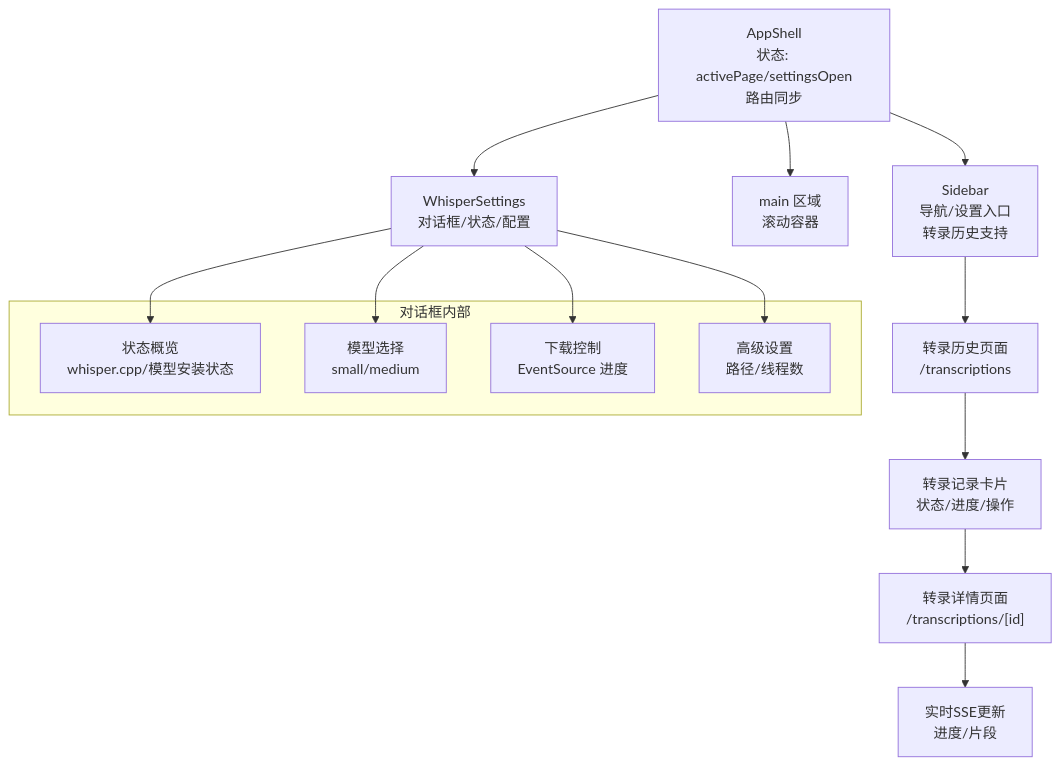
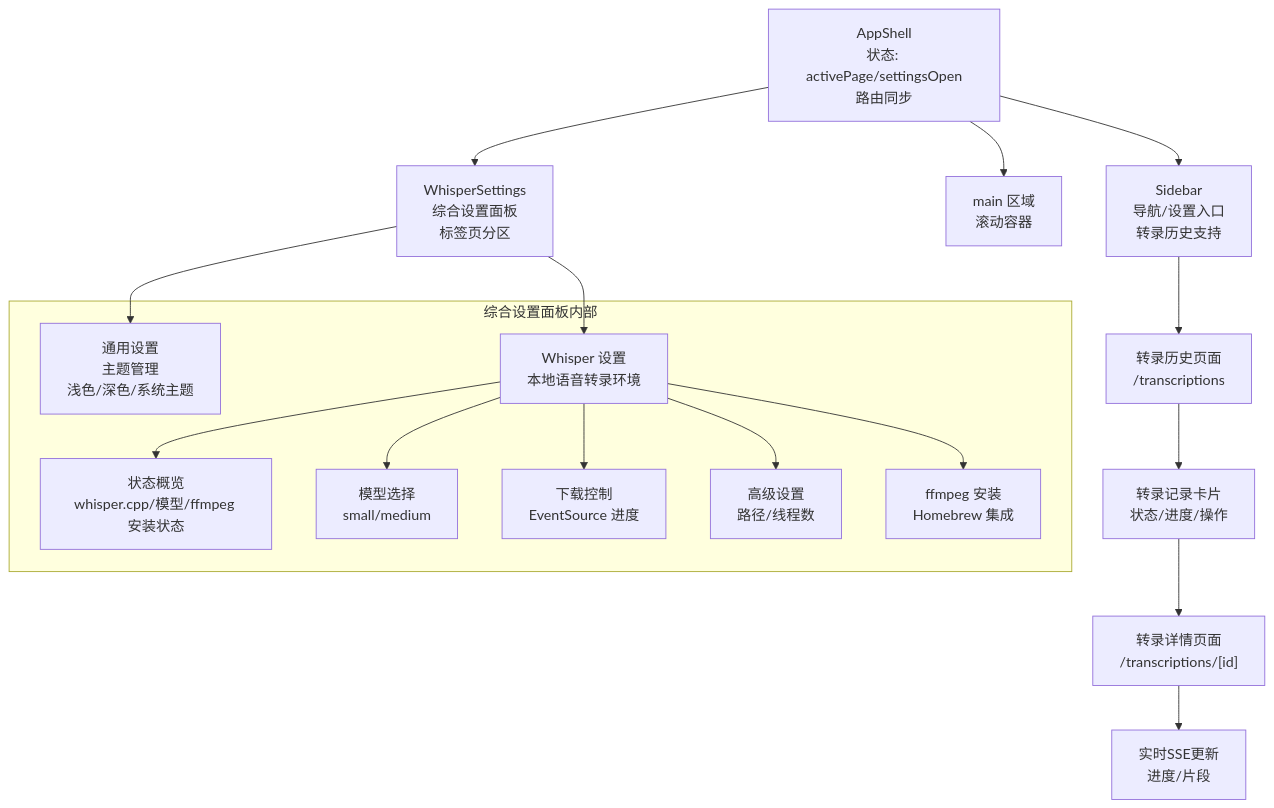
The second of 17 diagrams in .qoder/repowiki/zh/content/UI 组件系统/UI 组件系统.md (clawbotai/memo-flow), drawn with Mermaid before and after one commit. The commit also changed other lines of this file and 14 other files, not shown here.

````diff
--- a/.qoder/repowiki/zh/content/UI 组件系统/UI 组件系统.md
+++ b/.qoder/repowiki/zh/content/UI 组件系统/UI 组件系统.md
@@ -281,20 +287,26 @@
 ```mermaid
 graph TB
 AppShell["AppShell<br/>状态: activePage/settingsOpen<br/>路由同步"] --> Sidebar["Sidebar<br/>导航/设置入口<br/>转录历史支持"]
 AppShell --> Main["main 区域<br/>滚动容器"]
-AppShell --> Whisper["WhisperSettings<br/>对话框/状态/配置"]
+AppShell --> Whisper["WhisperSettings<br/>综合设置面板<br/>标签页分区"]
 Sidebar --> Transcriptions["转录历史页面<br/>/transcriptions"]
 Transcriptions --> TranscriptionCard["转录记录卡片<br/>状态/进度/操作"]
 TranscriptionCard --> TranscriptionDetail["转录详情页面<br/>/transcriptions/[id]"]
 TranscriptionDetail --> LiveUpdates["实时SSE更新<br/>进度/片段"]
-subgraph "对话框内部"
-Status["状态概览<br/>whisper.cpp/模型安装状态"]
+subgraph "综合设置面板内部"
+General["通用设置<br/>主题管理<br/>浅色/深色/系统主题"]
+WhisperPanel["Whisper 设置<br/>本地语音转录环境"]
+Status["状态概览<br/>whisper.cpp/模型/ffmpeg 安装状态"]
 ModelSel["模型选择<br/>small/medium"]
 DL["下载控制<br/>EventSource 进度"]
 Adv["高级设置<br/>路径/线程数"]
+FFmpeg["ffmpeg 安装<br/>Homebrew 集成"]
 end
-Whisper --> Status
-Whisper --> ModelSel
-Whisper --> DL
-Whisper --> Adv
+Whisper --> General
+Whisper --> WhisperPanel
+WhisperPanel --> Status
+WhisperPanel --> ModelSel
+WhisperPanel --> DL
+WhisperPanel --> Adv
+WhisperPanel --> FFmpeg
 ```
````
